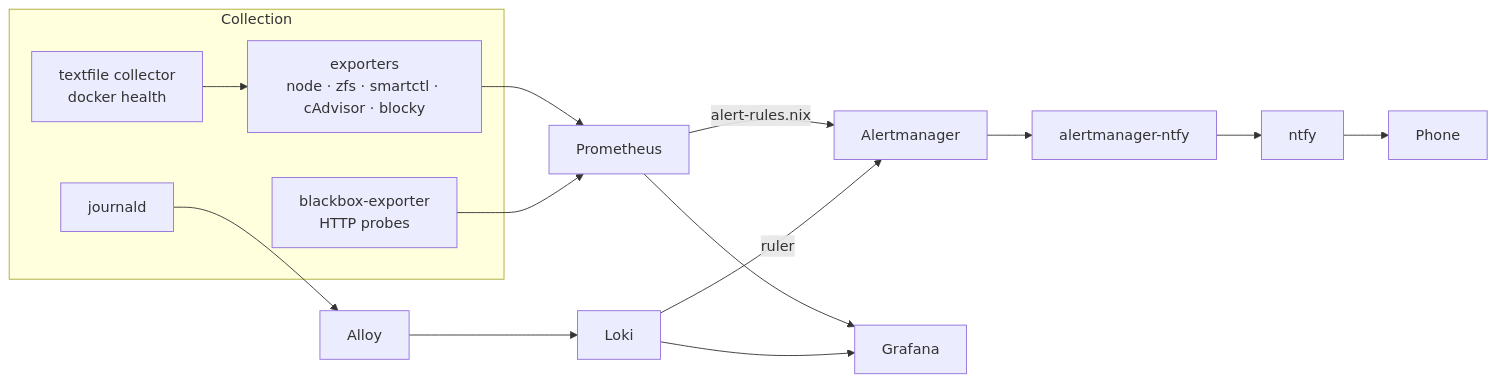
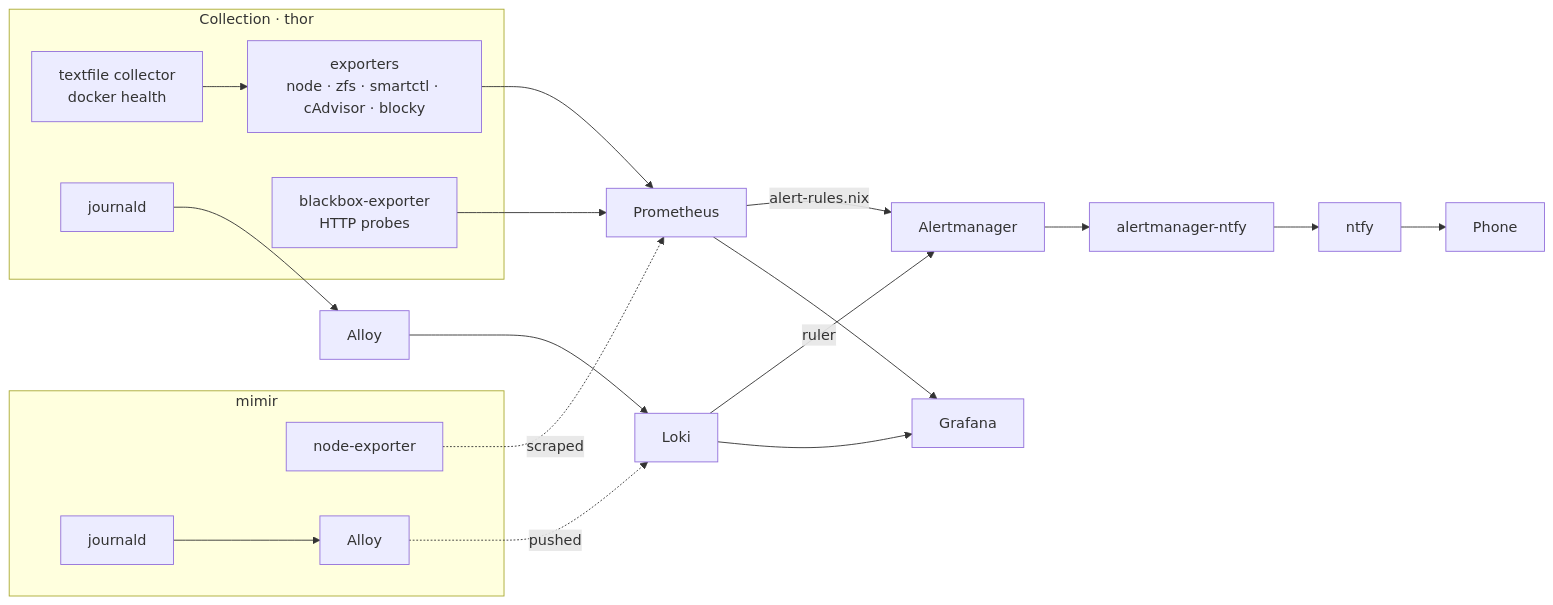
The diagram in docs/monitoring.md (edrobertsrayne/nix-config), drawn with Mermaid before and after one commit. The commit also changed other lines of this file and 2 other files, not shown here.

````diff
--- a/docs/monitoring.md
+++ b/docs/monitoring.md
@@ -16,20 +21,28 @@
 ```mermaid
 flowchart LR
-  subgraph collect[Collection]
+  subgraph mimir[mimir]
+    ME["node-exporter"]
+    MJ["journald"] --> MAL["Alloy"]
+  end
+
+  subgraph collect[Collection · thor]
     E["exporters<br/>node · zfs · smartctl · cAdvisor · blocky"]
     T["textfile collector<br/>docker health"]
     B["blackbox-exporter<br/>HTTP probes"]
     J["journald"]
   end
 
   E --> P[Prometheus]
   T --> E
   B --> P
   J --> AL[Alloy] --> L[Loki]
 
+  ME -.->|scraped| P
+  MAL -.->|pushed| L
+
   P -->|alert-rules.nix| AM[Alertmanager]
   L -->|ruler| AM
   AM --> N[alertmanager-ntfy] --> NT[ntfy] --> Phone
   P --> G[Grafana]
   L --> G
 ```
````
